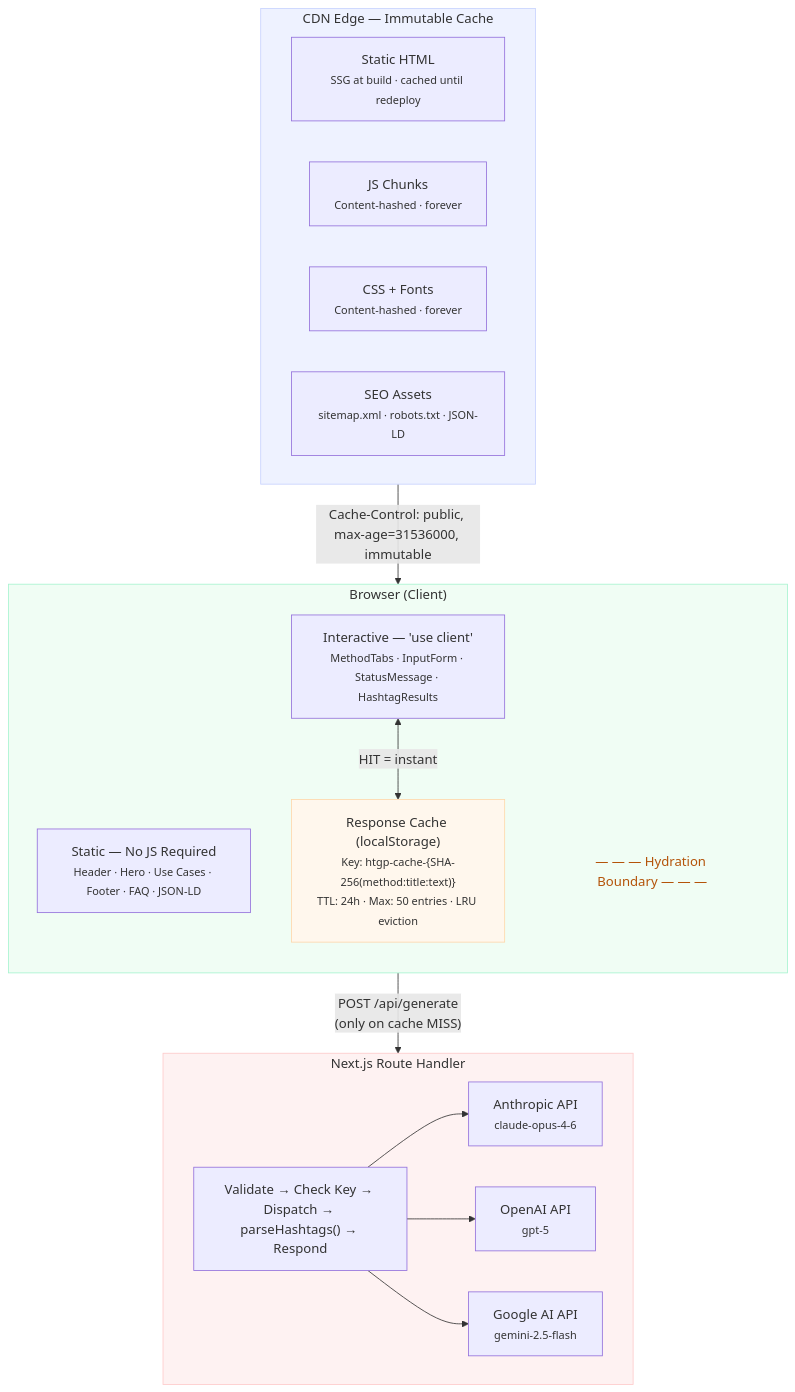
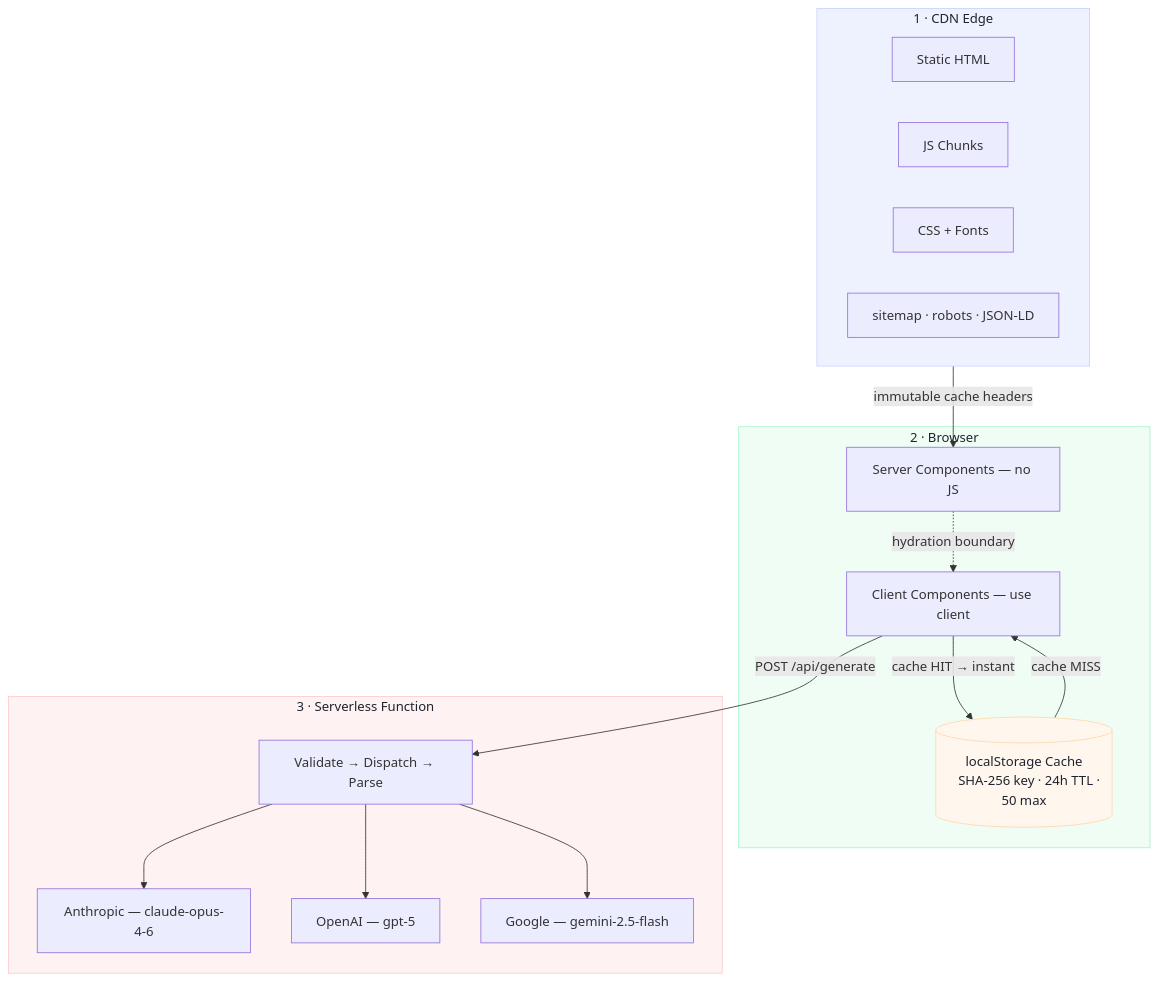
Before and after one commit to kalebjdavenport/HashtagGeneratorPro: the diagram in README.md, drawn with Mermaid.

Commit message:
Simplify Mermaid caching diagram for better GitHub rendering

````diff
--- a/README.md
+++ b/README.md
@@ -65,35 +65,37 @@
 ```mermaid
 flowchart TD
-    subgraph CDN["CDN Edge — Immutable Cache"]
-        HTML["Static HTML<br/><small>SSG at build · cached until redeploy</small>"]
-        JS["JS Chunks<br/><small>Content-hashed · forever</small>"]
-        CSS["CSS + Fonts<br/><small>Content-hashed · forever</small>"]
-        SEO["SEO Assets<br/><small>sitemap.xml · robots.txt · JSON-LD</small>"]
+    subgraph CDN["1 · CDN Edge"]
+        direction LR
+        HTML[Static HTML]
+        JS[JS Chunks]
+        CSS[CSS + Fonts]
+        SEO[sitemap · robots · JSON-LD]
     end
 
-    CDN -->|"Cache-Control: public, max-age=31536000, immutable"| Browser
+    CDN -- "immutable cache headers" --> Static
 
-    subgraph Browser["Browser (Client)"]
-        direction TB
-        Static["Static — No JS Required<br/><small>Header · Hero · Use Cases · Footer · FAQ · JSON-LD</small>"]
-        Boundary["— — — Hydration Boundary — — —"]
-        Interactive["Interactive — 'use client'<br/><small>MethodTabs · InputForm · StatusMessage · HashtagResults</small>"]
-        Cache["Response Cache (localStorage)<br/><small>Key: htgp-cache-{SHA-256(method:title:text)}<br/>TTL: 24h · Max: 50 entries · LRU eviction</small>"]
-        Interactive <-->|"HIT = instant"| Cache
+    subgraph Client["2 · Browser"]
+        Static[Server Components — no JS]
+        Static -. "hydration boundary" .-> Interactive
+        Interactive[Client Components — use client]
+        Interactive -- "cache HIT → instant" --> Cache
+        Cache -- "cache MISS" --> Interactive
     end
 
-    Interactive -->|"POST /api/generate<br/>(only on cache MISS)"| Server
+    Cache[("localStorage Cache
+    SHA-256 key · 24h TTL · 50 max")]
 
-    subgraph Server["Next.js Route Handler"]
-        Route["Validate → Check Key → Dispatch → parseHashtags() → Respond"]
-        Route --> Anthropic["Anthropic API<br/><small>claude-opus-4-6</small>"]
-        Route --> OpenAI["OpenAI API<br/><small>gpt-5</small>"]
-        Route --> Google["Google AI API<br/><small>gemini-2.5-flash</small>"]
+    Interactive -- "POST /api/generate" --> Route
+
+    subgraph Server["3 · Serverless Function"]
+        Route[Validate → Dispatch → Parse]
+        Route --> Claude["Anthropic — claude-opus-4-6"]
+        Route --> GPT["OpenAI — gpt-5"]
+        Route --> Gemini["Google — gemini-2.5-flash"]
     end
 
-    style CDN fill:#EEF2FF,stroke:#C7D2FE
-    style Browser fill:#F0FDF4,stroke:#A7F3D0
-    style Server fill:#FEF2F2,stroke:#FECACA
-    style Boundary fill:none,stroke:none,color:#B45309
-    style Cache fill:#FFF7ED,stroke:#FED7AA
+    style CDN fill:#eef2ff,stroke:#c7d2fe,color:#1e2330
+    style Client fill:#f0fdf4,stroke:#a7f3d0,color:#1e2330
+    style Server fill:#fef2f2,stroke:#fecaca,color:#1e2330
+    style Cache fill:#fff7ed,stroke:#fed7aa,color:#1e2330
 ```
````
